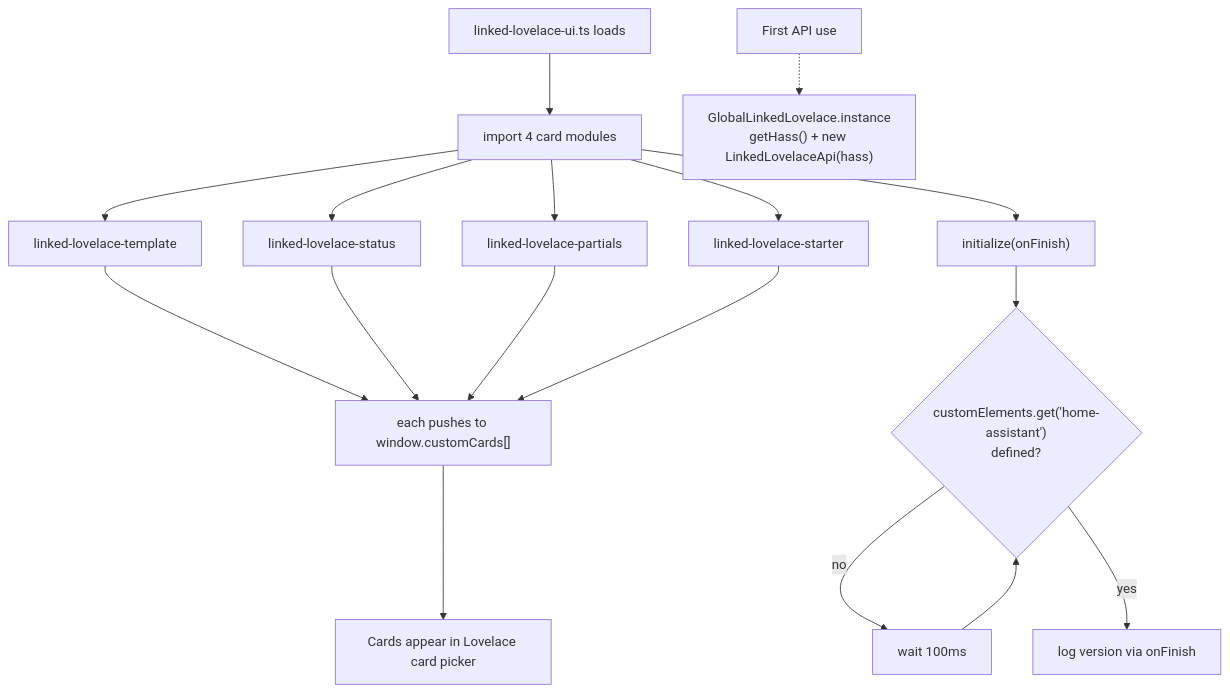
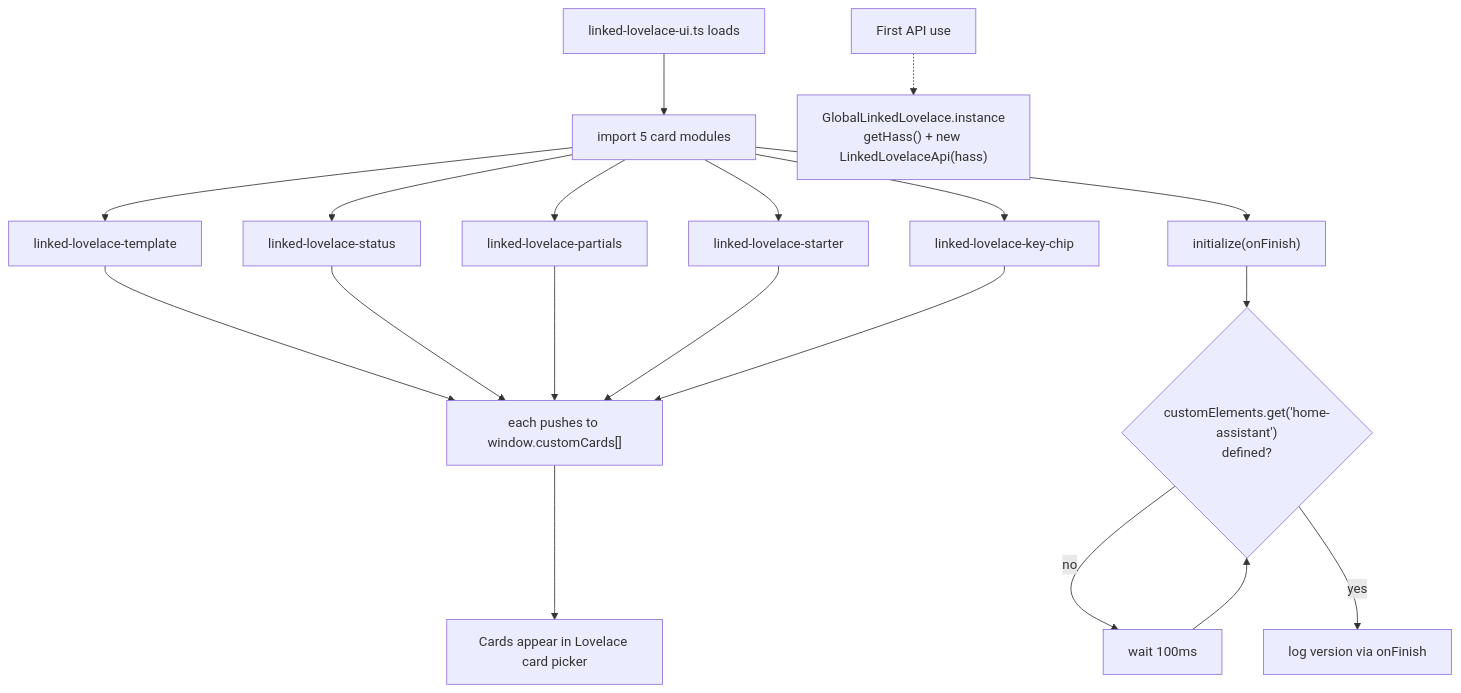
The first of 9 diagrams in docs_site/lifecycles.md (daredoes/linked-lovelace-ui), drawn with Mermaid before and after one commit. The commit also changed other lines of this file and 43 other files, not shown here.

````diff
--- a/docs_site/lifecycles.md
+++ b/docs_site/lifecycles.md
@@ -32,15 +32,16 @@
 ```mermaid
 flowchart TD
-    A["linked-lovelace-ui.ts loads"] --> B["import 4 card modules"]
+    A["linked-lovelace-ui.ts loads"] --> B["import 5 card modules"]
     B --> B1["linked-lovelace-template"]
     B --> B2["linked-lovelace-status"]
     B --> B3["linked-lovelace-partials"]
     B --> B4["linked-lovelace-starter"]
-    B1 & B2 & B3 & B4 --> C["each pushes to window.customCards[]"]
+    B --> B5["linked-lovelace-key-chip"]
+    B1 & B2 & B3 & B4 & B5 --> C["each pushes to window.customCards[]"]
     B --> D["initialize(onFinish)"]
     D --> E{"customElements.get('home-assistant')<br/>defined?"}
     E -- no --> F["wait 100ms"] --> E
     E -- yes --> G["log version via onFinish"]
     C --> H["Cards appear in Lovelace card picker"]
     I["First API use"] -.-> J["GlobalLinkedLovelace.instance<br/>getHass() + new LinkedLovelaceApi(hass)"]
 ```
````
